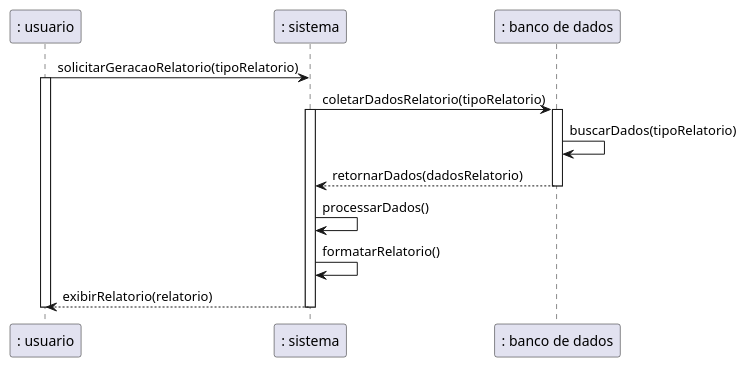
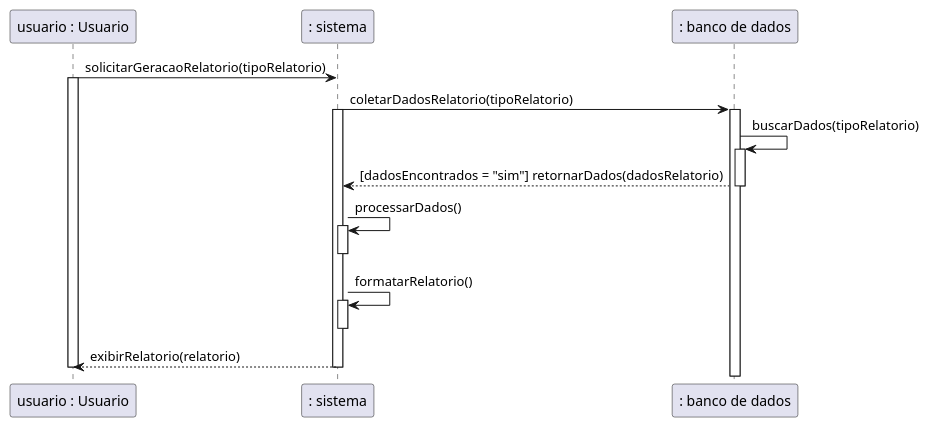
The diagram in sequencia_proj_final_c2.wsd (yurilsn/DiagramasUml), drawn with PlantUML before and after one commit. The commit also changed 3 other files, not shown here.

```diff
--- a/sequencia_proj_final_c2.wsd
+++ b/sequencia_proj_final_c2.wsd
@@ -1,23 +1,32 @@
 @startuml
 ' GERAR RELATÓRIOS
 
-": usuario" as usuario -> ": sistema" as sistema : solicitarGeracaoRelatorio(tipoRelatorio)
+"usuario : Usuario" as usuario -> ": sistema" as sistema : solicitarGeracaoRelatorio(tipoRelatorio)
 activate usuario
 
 sistema -> ": banco de dados" as bd: coletarDadosRelatorio(tipoRelatorio)
 activate sistema
 activate bd
 
 bd -> bd: buscarDados(tipoRelatorio)
+activate bd
 
-bd --> sistema: retornarDados(dadosRelatorio)
+bd --> sistema: [dadosEncontrados = "sim"] retornarDados(dadosRelatorio)
 deactivate bd
 
 sistema -> sistema: processarDados()
+activate sistema
+
+deactivate sistema
+
 sistema -> sistema: formatarRelatorio()
+activate sistema
+
+deactivate sistema
 
 sistema --> usuario: exibirRelatorio(relatorio)
 deactivate sistema
 
 deactivate usuario
+
 @enduml
```
